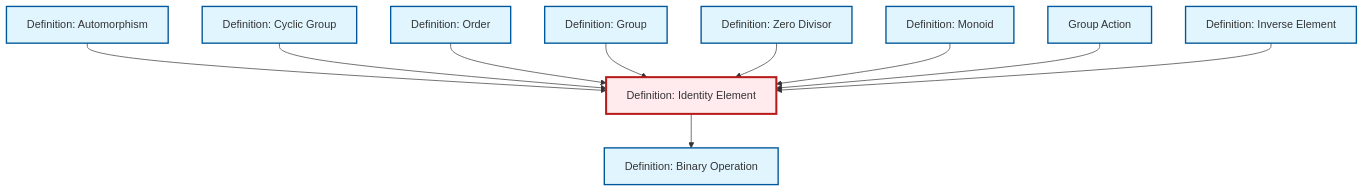
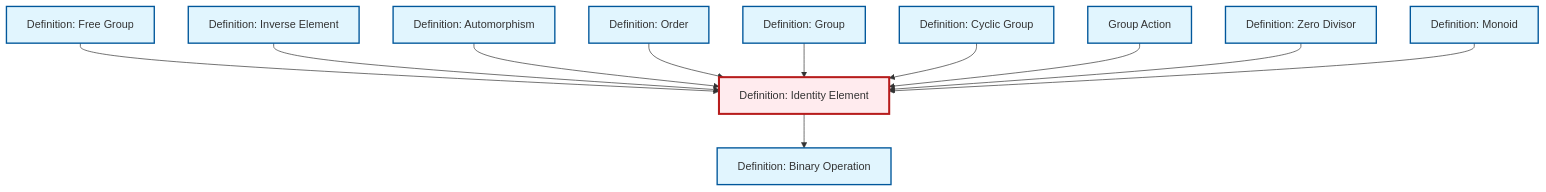
One commit to RK0429/ModernMath changed the diagram in content/en/algebra/def-identity-element.qmd. Above: the diagram before and after it, drawn with Mermaid. The commit also changed other lines of this file and 1012 other files, not shown here.

````diff
--- a/content/en/algebra/def-identity-element.qmd
+++ b/content/en/algebra/def-identity-element.qmd
@@ -77,38 +77,41 @@
 ```{mermaid}
 %%| fig-cap: "Local dependency graph"
 graph TD
     classDef definition fill:#e1f5fe,stroke:#01579b,stroke-width:2px
     classDef theorem fill:#f3e5f5,stroke:#4a148c,stroke-width:2px
     classDef axiom fill:#fff3e0,stroke:#e65100,stroke-width:2px
     classDef example fill:#e8f5e9,stroke:#1b5e20,stroke-width:2px
     classDef current fill:#ffebee,stroke:#b71c1c,stroke-width:3px
+    def-identity-element["Definition: Identity Element"]:::definition
+    def-binary-operation["Definition: Binary Operation"]:::definition
+    def-inverse-element["Definition: Inverse Element"]:::definition
+    def-free-group["Definition: Free Group"]:::definition
+    def-cyclic-group["Definition: Cyclic Group"]:::definition
+    def-order["Definition: Order"]:::definition
+    def-group-action["Group Action"]:::definition
+    def-monoid["Definition: Monoid"]:::definition
+    def-automorphism["Definition: Automorphism"]:::definition
+    def-group["Definition: Group"]:::definition
     def-zero-divisor["Definition: Zero Divisor"]:::definition
-    def-automorphism["Definition: Automorphism"]:::definition
-    def-cyclic-group["Definition: Cyclic Group"]:::definition
-    def-inverse-element["Definition: Inverse Element"]:::definition
-    def-binary-operation["Definition: Binary Operation"]:::definition
-    def-order["Definition: Order"]:::definition
-    def-identity-element["Definition: Identity Element"]:::definition
-    def-monoid["Definition: Monoid"]:::definition
-    def-group-action["Group Action"]:::definition
-    def-group["Definition: Group"]:::definition
+    def-free-group --> def-identity-element
+    def-inverse-element --> def-identity-element
+    def-identity-element --> def-binary-operation
     def-automorphism --> def-identity-element
-    def-cyclic-group --> def-identity-element
     def-order --> def-identity-element
     def-group --> def-identity-element
+    def-cyclic-group --> def-identity-element
+    def-group-action --> def-identity-element
     def-zero-divisor --> def-identity-element
     def-monoid --> def-identity-element
-    def-group-action --> def-identity-element
-    def-inverse-element --> def-identity-element
-    def-identity-element --> def-binary-operation
     class def-identity-element current
+    click def-binary-operation "def-binary-operation.html" "Go to Binary Operation definition"
+    click def-inverse-element "def-inverse-element.html" "Go to Inverse Element definition"
+    click def-free-group "def-free-group.html" "Go to Free Group definition"
+    click def-cyclic-group "def-cyclic-group.html" "Go to Cyclic Group definition"
+    click def-order "def-order.html" "Go to Order definition"
+    click def-group-action "def-group-action.html" "Go to Group Action"
+    click def-monoid "def-monoid.html" "Go to Monoid definition"
+    click def-automorphism "def-automorphism.html" "Go to Automorphism definition"
+    click def-group "def-group.html" "Go to Group definition"
     click def-zero-divisor "def-zero-divisor.html" "Go to Zero Divisor definition"
-    click def-automorphism "def-automorphism.html" "Go to Automorphism definition"
-    click def-cyclic-group "def-cyclic-group.html" "Go to Cyclic Group definition"
-    click def-inverse-element "def-inverse-element.html" "Go to Inverse Element definition"
-    click def-binary-operation "def-binary-operation.html" "Go to Binary Operation definition"
-    click def-order "def-order.html" "Go to Order definition"
-    click def-monoid "def-monoid.html" "Go to Monoid definition"
-    click def-group-action "def-group-action.html" "Go to Group Action"
-    click def-group "def-group.html" "Go to Group definition"
 ```
````
